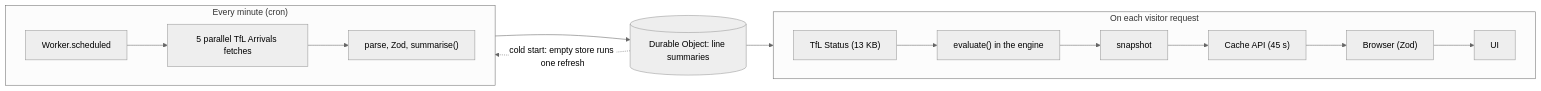
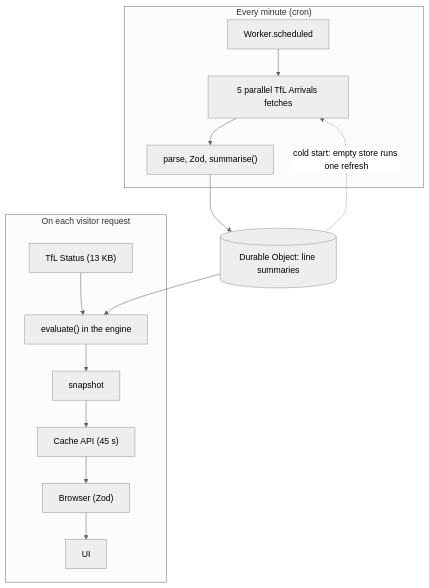
Before and after one commit to oyedokunken/drift: the diagram in README.md, drawn with Mermaid (neutral theme). The commit also changed other lines of this file, not shown here.

Commit message:
docs: lay the diagram out vertically, use the logo as the README heading and drop the live link

````diff
--- a/README.md
+++ b/README.md
@@ -38,21 +38,19 @@
 ```mermaid
-flowchart LR
+flowchart TB
   subgraph cron["Every minute (cron)"]
-    direction LR
     sched["Worker.scheduled"] --> arrivals["5 parallel TfL Arrivals fetches"]
     arrivals --> parse["parse, Zod, summarise()"]
   end
 
   subgraph request["On each visitor request"]
-    direction LR
     status["TfL Status (13 KB)"] --> evaluate["evaluate() in the engine"]
     evaluate --> snapshot["snapshot"]
     snapshot --> cache["Cache API (45 s)"]
     cache --> browser["Browser (Zod)"]
     browser --> ui["UI"]
   end
 
   parse --> store[("Durable Object: line summaries")]
   store --> evaluate
   store -. "cold start: empty store runs one refresh" .-> arrivals
 ```
````
